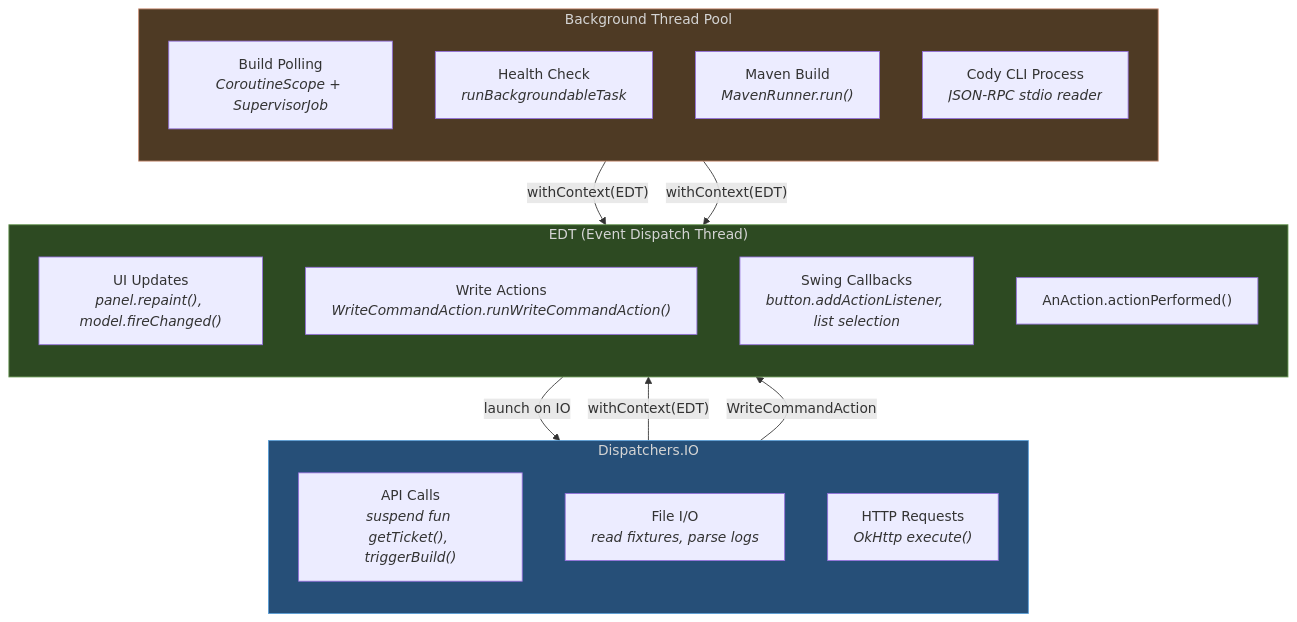
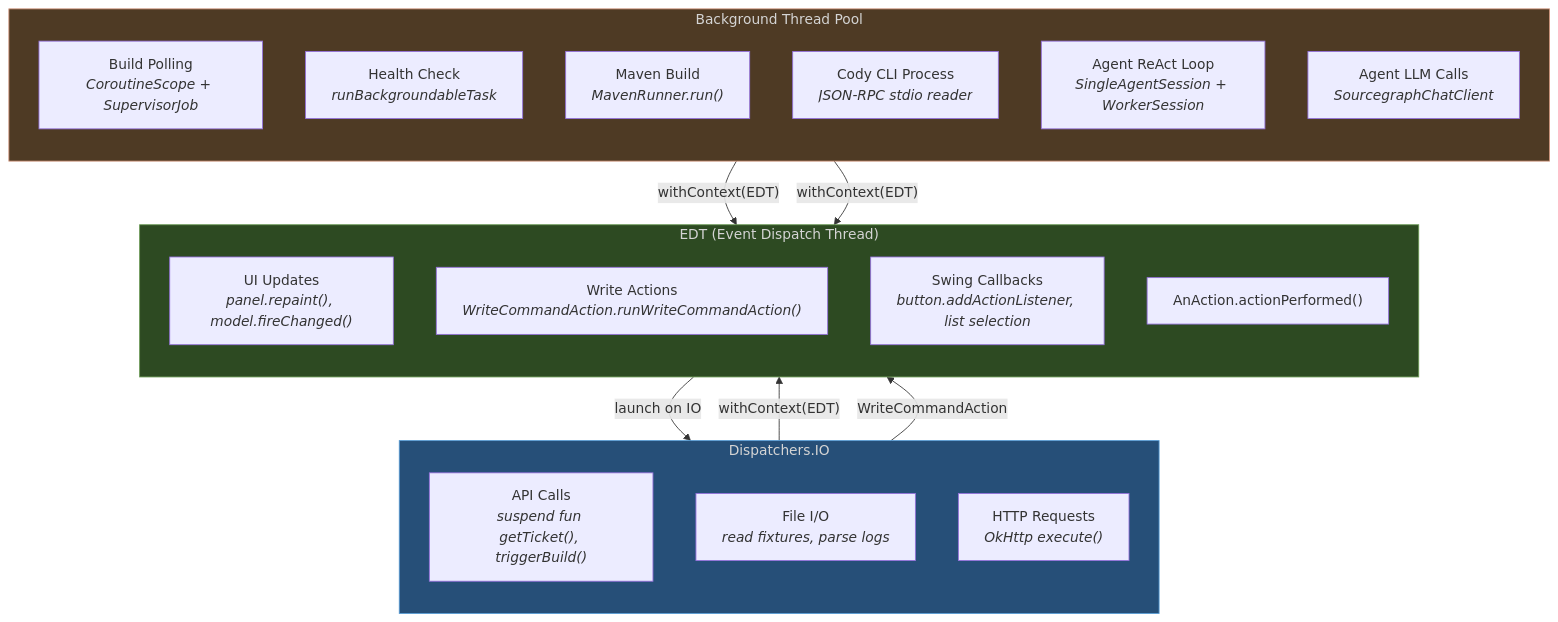
Before and after one commit to thenerdygeek/intellij-workflow-orchestrator: the first of 2 diagrams in docs/architecture/threading-model.md, drawn with Mermaid. The commit also changed other lines of this file and 7 other files, not shown here.

Commit message:
docs: update architecture documentation for Phase 3 agentic AI — agent module, events, APIs, threading, UI

````diff
--- a/docs/architecture/threading-model.md
+++ b/docs/architecture/threading-model.md
@@ -9,35 +9,37 @@
 ```mermaid
 flowchart TD
     subgraph EDT ["EDT (Event Dispatch Thread)"]
         direction TB
         UI_UPDATE["UI Updates<br/><i>panel.repaint(), model.fireChanged()</i>"]
         WRITE_ACTION["Write Actions<br/><i>WriteCommandAction.runWriteCommandAction()</i>"]
         SWING_CB["Swing Callbacks<br/><i>button.addActionListener, list selection</i>"]
         ACTION["AnAction.actionPerformed()"]
     end
 
     subgraph IO ["Dispatchers.IO"]
         direction TB
         API_CALL["API Calls<br/><i>suspend fun getTicket(), triggerBuild()</i>"]
         FILE_READ["File I/O<br/><i>read fixtures, parse logs</i>"]
         HTTP["HTTP Requests<br/><i>OkHttp execute()</i>"]
     end
 
     subgraph BG ["Background Thread Pool"]
         direction TB
         POLLING["Build Polling<br/><i>CoroutineScope + SupervisorJob</i>"]
         HEALTH["Health Check<br/><i>runBackgroundableTask</i>"]
         MAVEN_RUN["Maven Build<br/><i>MavenRunner.run()</i>"]
         CODY_AGENT["Cody CLI Process<br/><i>JSON-RPC stdio reader</i>"]
+        AGENT_LOOP["Agent ReAct Loop<br/><i>SingleAgentSession + WorkerSession</i>"]
+        AGENT_LLM["Agent LLM Calls<br/><i>SourcegraphChatClient</i>"]
     end
 
     ACTION -->|"launch on IO"| API_CALL
     API_CALL -->|"withContext(EDT)"| UI_UPDATE
     POLLING -->|"withContext(EDT)"| UI_UPDATE
     HEALTH -->|"withContext(EDT)"| UI_UPDATE
     API_CALL -->|"WriteCommandAction"| WRITE_ACTION
 
     style EDT fill:#2d4a22,stroke:#6a9955,color:#d4d4d4
     style IO fill:#264f78,stroke:#569cd6,color:#d4d4d4
     style BG fill:#4e3a24,stroke:#ce9178,color:#d4d4d4
 ```
````
